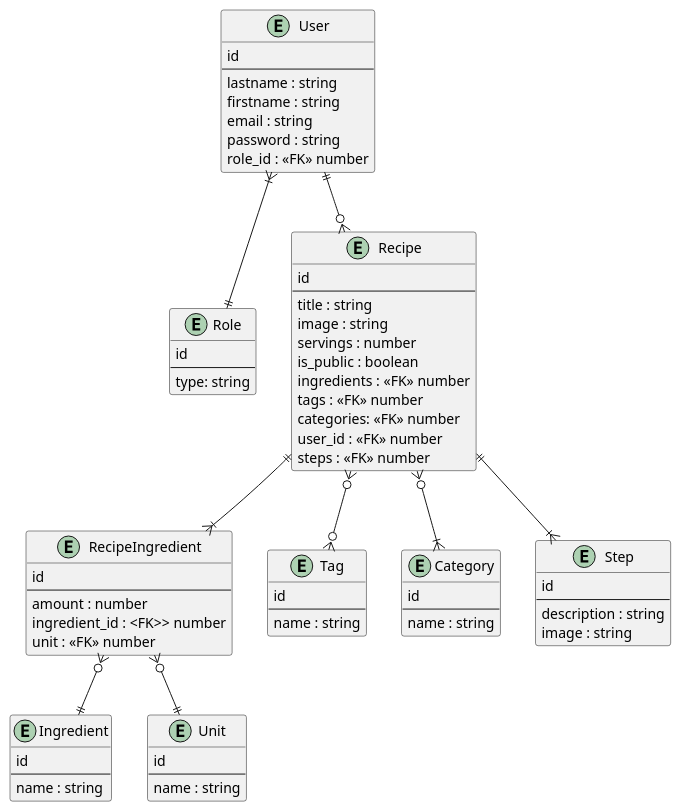
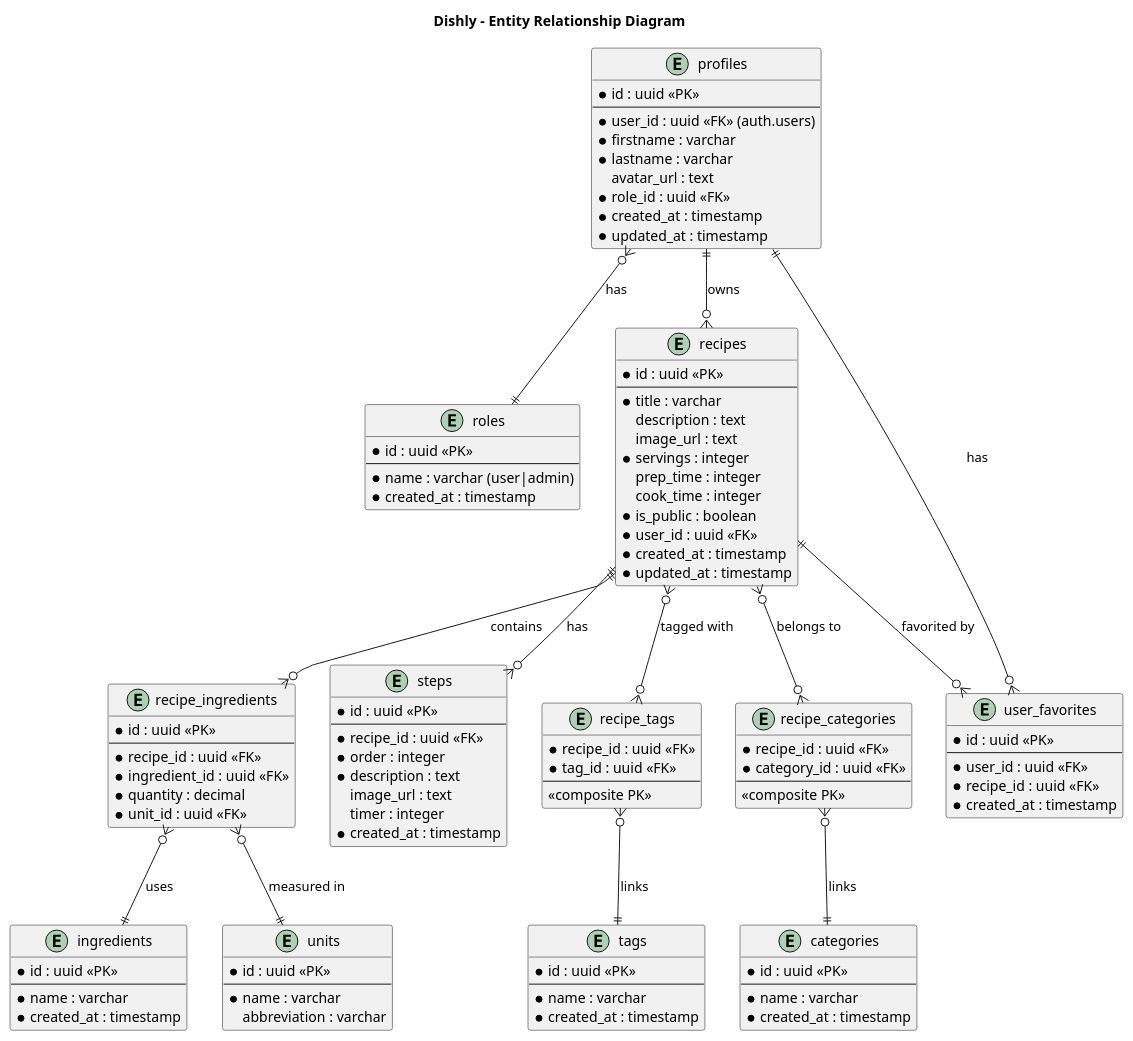
Before and after one commit to Ka-be/dishly: the diagram in documentation/concept/diagrams/erd.puml, drawn with PlantUML. The commit also changed 85 other files, not shown here.

First line of the commit message:
refactor: complete architecture overhaul and mono-repo migration

```diff
--- a/documentation/concept/diagrams/erd.puml
+++ b/documentation/concept/diagrams/erd.puml
@@ -1,83 +1,125 @@
 @startuml
-' skinparam linetype ortho
+title Dishly - Entity Relationship Diagram
 
-entity "User" {
-    id
-  --
-    lastname : string
-    firstname : string
-    email : string
-    password : string
-    role_id : <<FK>> number
+' Entities
+entity "profiles" {
+    * id : uuid <<PK>>
+    --
+    * user_id : uuid <<FK>> (auth.users)
+    * firstname : varchar
+    * lastname : varchar
+    avatar_url : text
+    * role_id : uuid <<FK>>
+    * created_at : timestamp
+    * updated_at : timestamp
 }
 
-entity "Role" {
-    id
-  --
-    type: string
+entity "roles" {
+    * id : uuid <<PK>>
+    --
+    * name : varchar (user|admin)
+    * created_at : timestamp
 }
 
-entity "Recipe" {
-    id
-  --
-    title : string
-    image : string
-    servings : number
-    is_public : boolean
-    ingredients : <<FK>> number
-    tags : <<FK>> number
-    categories: <<FK>> number
-    user_id : <<FK>> number
-    steps : <<FK>> number
+entity "recipes" {
+    * id : uuid <<PK>>
+    --
+    * title : varchar
+    description : text
+    image_url : text
+    * servings : integer
+    prep_time : integer
+    cook_time : integer
+    * is_public : boolean
+    * user_id : uuid <<FK>>
+    * created_at : timestamp
+    * updated_at : timestamp
 }
 
-entity "Ingredient" {
-    id
-  --
-    name : string
+entity "ingredients" {
+    * id : uuid <<PK>>
+    --
+    * name : varchar
+    * created_at : timestamp
 }
 
-entity "RecipeIngredient" {
-    id
-  --
-    amount : number
-ingredient_id : <FK>> number
-unit : <<FK>> number
+entity "recipe_ingredients" {
+    * id : uuid <<PK>>
+    --
+    * recipe_id : uuid <<FK>>
+    * ingredient_id : uuid <<FK>>
+    * quantity : decimal
+    * unit_id : uuid <<FK>>
 }
 
-entity "Unit" {
-    id
-  --
-    name : string
+entity "units" {
+    * id : uuid <<PK>>
+    --
+    * name : varchar
+    abbreviation : varchar
 }
 
-entity "Tag" {
-    id
-  --
-    name : string
+entity "tags" {
+    * id : uuid <<PK>>
+    --
+    * name : varchar
+    * created_at : timestamp
 }
 
-entity "Category" {
-    id
-  --
-    name : string
+entity "categories" {
+    * id : uuid <<PK>>
+    --
+    * name : varchar
+    * created_at : timestamp
 }
 
-entity "Step" {
-    id
-  --
-    description : string
-    image : string
+entity "steps" {
+    * id : uuid <<PK>>
+    --
+    * recipe_id : uuid <<FK>>
+    * order : integer
+    * description : text
+    image_url : text
+    timer : integer
+    * created_at : timestamp
 }
 
-User }|--|| Role
-User ||--o{ Recipe
-Recipe ||--|{ RecipeIngredient
-Recipe }o--o{ Tag
-Recipe }o--|{ Category
-Recipe ||--|{ Step
-RecipeIngredient }o--|| Ingredient
-RecipeIngredient }o--|| Unit
+entity "recipe_tags" {
+    * recipe_id : uuid <<FK>>
+    * tag_id : uuid <<FK>>
+    --
+    <<composite PK>>
+}
 
+entity "recipe_categories" {
+    * recipe_id : uuid <<FK>>
+    * category_id : uuid <<FK>>
+    --
+    <<composite PK>>
+}
 
+entity "user_favorites" {
+    * id : uuid <<PK>>
+    --
+    * user_id : uuid <<FK>>
+    * recipe_id : uuid <<FK>>
+    * created_at : timestamp
+}
+
+' Relations
+profiles }o--|| roles : "has"
+profiles ||--o{ recipes : "owns"
+profiles ||--o{ user_favorites : "has"
+
+recipes ||--o{ recipe_ingredients : "contains"
+recipes ||--o{ steps : "has"
+recipes }o--o{ recipe_tags : "tagged with"
+recipes }o--o{ recipe_categories : "belongs to"
+recipes ||--o{ user_favorites : "favorited by"
+
+recipe_ingredients }o--|| ingredients : "uses"
+recipe_ingredients }o--|| units : "measured in"
+
+recipe_tags }o--|| tags : "links"
+recipe_categories }o--|| categories : "links"
 @enduml
```
